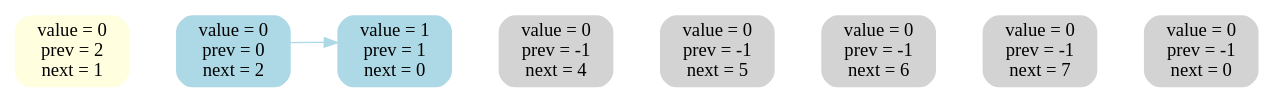
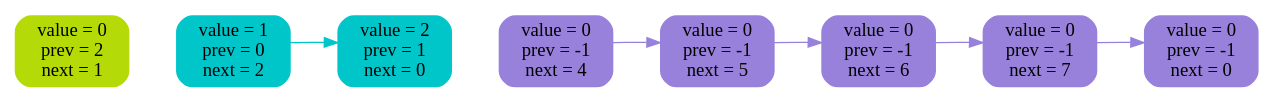
The diagram in list_log/img/3.dot (2210223t-lang/2-linked-list), drawn with Graphviz before and after one commit. The commit also changed 29 other files, not shown here.

```diff
--- a/list_log/img/3.dot
+++ b/list_log/img/3.dot
@@ -1,19 +1,23 @@
 digraph {
 rankdir = LR
-n0 [ label = "value = 0\nprev = 2\nnext = 1", shape = Mrecord, fontsize = 14,style = filled, color = lightyellow ]
-n1 [ label = "value = 0\nprev = 0\nnext = 2", shape = Mrecord, fontsize = 14,style = filled, color = lightblue ]
-n2 [ label = "value = 1\nprev = 1\nnext = 0", shape = Mrecord, fontsize = 14,style = filled, color = lightblue ]
-n3 [ label = "value = 0\nprev = -1\nnext = 4", shape = Mrecord, fontsize = 14,style = filled, color = lightgray ]
-n4 [ label = "value = 0\nprev = -1\nnext = 5", shape = Mrecord, fontsize = 14,style = filled, color = lightgray ]
-n5 [ label = "value = 0\nprev = -1\nnext = 6", shape = Mrecord, fontsize = 14,style = filled, color = lightgray ]
-n6 [ label = "value = 0\nprev = -1\nnext = 7", shape = Mrecord, fontsize = 14,style = filled, color = lightgray ]
-n7 [ label = "value = 0\nprev = -1\nnext = 0", shape = Mrecord, fontsize = 14,style = filled, color = lightgray ]
+n0 [ label = "value = 0\nprev = 2\nnext = 1", shape = Mrecord, fontsize = 14,style = filled, color = "#b4da08" ]
+n1 [ label = "value = 1\nprev = 0\nnext = 2", shape = Mrecord, fontsize = 14,style = filled, color = "#00c6c9" ]
+n2 [ label = "value = 2\nprev = 1\nnext = 0", shape = Mrecord, fontsize = 14,style = filled, color = "#00c6c9" ]
+n3 [ label = "value = 0\nprev = -1\nnext = 4", shape = Mrecord, fontsize = 14,style = filled, color = "#9781db" ]
+n4 [ label = "value = 0\nprev = -1\nnext = 5", shape = Mrecord, fontsize = 14,style = filled, color = "#9781db" ]
+n5 [ label = "value = 0\nprev = -1\nnext = 6", shape = Mrecord, fontsize = 14,style = filled, color = "#9781db" ]
+n6 [ label = "value = 0\nprev = -1\nnext = 7", shape = Mrecord, fontsize = 14,style = filled, color = "#9781db" ]
+n7 [ label = "value = 0\nprev = -1\nnext = 0", shape = Mrecord, fontsize = 14,style = filled, color = "#9781db" ]
 n0 -> n1 [ style = invis, weight = 100 ]
 n1 -> n2 [ style = invis, weight = 100 ]
 n2 -> n3 [ style = invis, weight = 100 ]
 n3 -> n4 [ style = invis, weight = 100 ]
 n4 -> n5 [ style = invis, weight = 100 ]
 n5 -> n6 [ style = invis, weight = 100 ]
 n6 -> n7 [ style = invis, weight = 100 ]
-n1 -> n2 [style = filled, color = lightblue ]
+n1 -> n2 [style = filled, color = "#00c6c9" ]
+n3 -> n4 [style = filled, color = "#9781db" ]
+n4 -> n5 [style = filled, color = "#9781db" ]
+n5 -> n6 [style = filled, color = "#9781db" ]
+n6 -> n7 [style = filled, color = "#9781db" ]
 }
```
